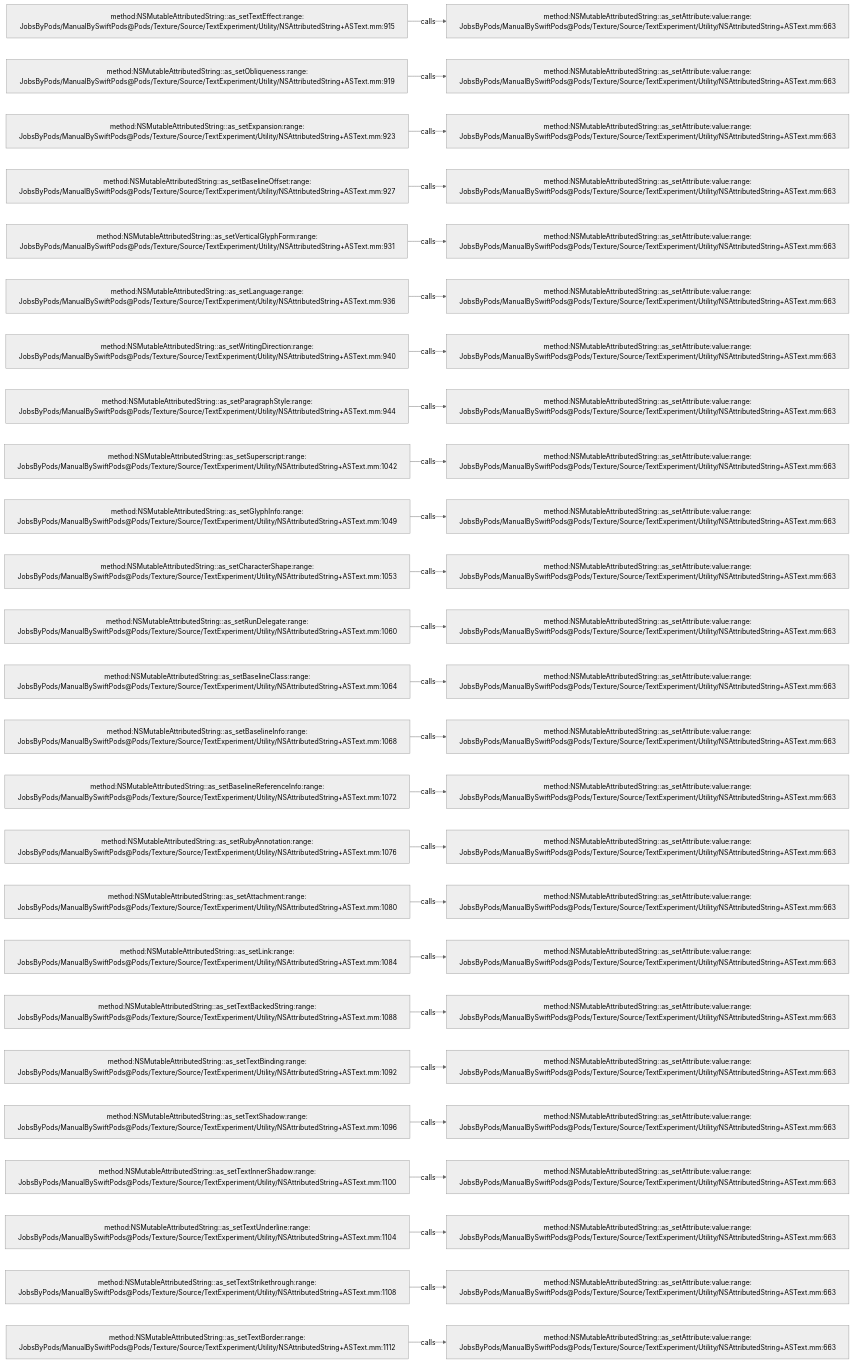
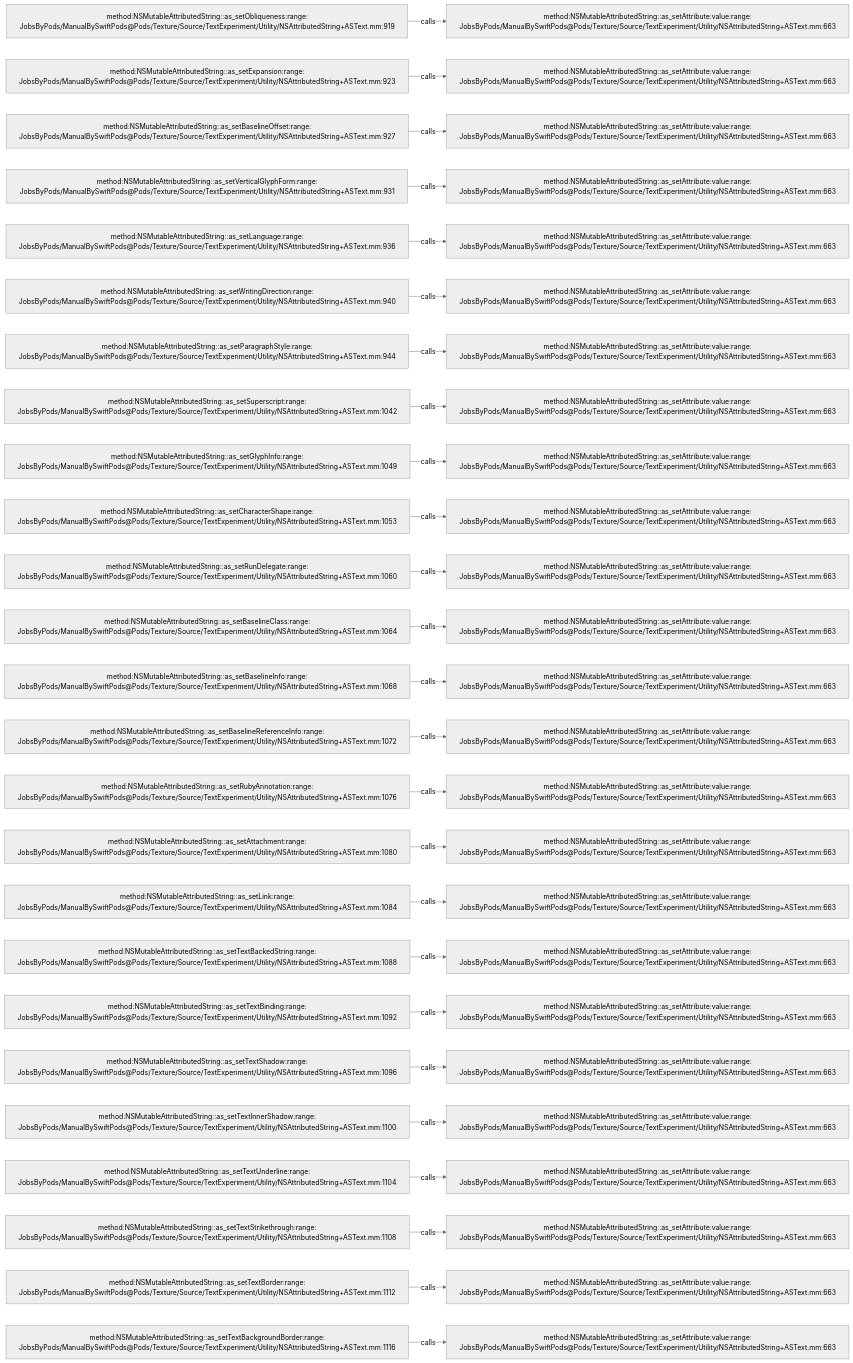
One commit to JobsKits/JobsSwiftBaseConfigDemo changed the diagram in .codegraph/codegraph.md/graphs/calls-146.md. Above: the diagram before and after it, drawn with Mermaid (neutral theme). The commit also changed 747 other files, not shown here.

````diff
--- a/.codegraph/codegraph.md/graphs/calls-146.md
+++ b/.codegraph/codegraph.md/graphs/calls-146.md
@@ -13,78 +13,78 @@
 ```mermaid
 flowchart LR
-  S1["method:NSMutableAttributedString::as_setTextEffect:range:<br/>JobsByPods/ManualBySwiftPods@Pods/Texture/Source/TextExperiment/Utility/NSAttributedString+ASText.mm:915"]
+  S1["method:NSMutableAttributedString::as_setObliqueness:range:<br/>JobsByPods/ManualBySwiftPods@Pods/Texture/Source/TextExperiment/Utility/NSAttributedString+ASText.mm:919"]
   T1["method:NSMutableAttributedString::as_setAttribute:value:range:<br/>JobsByPods/ManualBySwiftPods@Pods/Texture/Source/TextExperiment/Utility/NSAttributedString+ASText.mm:663"]
   S1 -->|calls| T1
-  S2["method:NSMutableAttributedString::as_setObliqueness:range:<br/>JobsByPods/ManualBySwiftPods@Pods/Texture/Source/TextExperiment/Utility/NSAttributedString+ASText.mm:919"]
+  S2["method:NSMutableAttributedString::as_setExpansion:range:<br/>JobsByPods/ManualBySwiftPods@Pods/Texture/Source/TextExperiment/Utility/NSAttributedString+ASText.mm:923"]
   T2["method:NSMutableAttributedString::as_setAttribute:value:range:<br/>JobsByPods/ManualBySwiftPods@Pods/Texture/Source/TextExperiment/Utility/NSAttributedString+ASText.mm:663"]
   S2 -->|calls| T2
-  S3["method:NSMutableAttributedString::as_setExpansion:range:<br/>JobsByPods/ManualBySwiftPods@Pods/Texture/Source/TextExperiment/Utility/NSAttributedString+ASText.mm:923"]
+  S3["method:NSMutableAttributedString::as_setBaselineOffset:range:<br/>JobsByPods/ManualBySwiftPods@Pods/Texture/Source/TextExperiment/Utility/NSAttributedString+ASText.mm:927"]
   T3["method:NSMutableAttributedString::as_setAttribute:value:range:<br/>JobsByPods/ManualBySwiftPods@Pods/Texture/Source/TextExperiment/Utility/NSAttributedString+ASText.mm:663"]
   S3 -->|calls| T3
-  S4["method:NSMutableAttributedString::as_setBaselineOffset:range:<br/>JobsByPods/ManualBySwiftPods@Pods/Texture/Source/TextExperiment/Utility/NSAttributedString+ASText.mm:927"]
+  S4["method:NSMutableAttributedString::as_setVerticalGlyphForm:range:<br/>JobsByPods/ManualBySwiftPods@Pods/Texture/Source/TextExperiment/Utility/NSAttributedString+ASText.mm:931"]
   T4["method:NSMutableAttributedString::as_setAttribute:value:range:<br/>JobsByPods/ManualBySwiftPods@Pods/Texture/Source/TextExperiment/Utility/NSAttributedString+ASText.mm:663"]
   S4 -->|calls| T4
-  S5["method:NSMutableAttributedString::as_setVerticalGlyphForm:range:<br/>JobsByPods/ManualBySwiftPods@Pods/Texture/Source/TextExperiment/Utility/NSAttributedString+ASText.mm:931"]
+  S5["method:NSMutableAttributedString::as_setLanguage:range:<br/>JobsByPods/ManualBySwiftPods@Pods/Texture/Source/TextExperiment/Utility/NSAttributedString+ASText.mm:936"]
   T5["method:NSMutableAttributedString::as_setAttribute:value:range:<br/>JobsByPods/ManualBySwiftPods@Pods/Texture/Source/TextExperiment/Utility/NSAttributedString+ASText.mm:663"]
   S5 -->|calls| T5
-  S6["method:NSMutableAttributedString::as_setLanguage:range:<br/>JobsByPods/ManualBySwiftPods@Pods/Texture/Source/TextExperiment/Utility/NSAttributedString+ASText.mm:936"]
+  S6["method:NSMutableAttributedString::as_setWritingDirection:range:<br/>JobsByPods/ManualBySwiftPods@Pods/Texture/Source/TextExperiment/Utility/NSAttributedString+ASText.mm:940"]
   T6["method:NSMutableAttributedString::as_setAttribute:value:range:<br/>JobsByPods/ManualBySwiftPods@Pods/Texture/Source/TextExperiment/Utility/NSAttributedString+ASText.mm:663"]
   S6 -->|calls| T6
-  S7["method:NSMutableAttributedString::as_setWritingDirection:range:<br/>JobsByPods/ManualBySwiftPods@Pods/Texture/Source/TextExperiment/Utility/NSAttributedString+ASText.mm:940"]
+  S7["method:NSMutableAttributedString::as_setParagraphStyle:range:<br/>JobsByPods/ManualBySwiftPods@Pods/Texture/Source/TextExperiment/Utility/NSAttributedString+ASText.mm:944"]
   T7["method:NSMutableAttributedString::as_setAttribute:value:range:<br/>JobsByPods/ManualBySwiftPods@Pods/Texture/Source/TextExperiment/Utility/NSAttributedString+ASText.mm:663"]
   S7 -->|calls| T7
-  S8["method:NSMutableAttributedString::as_setParagraphStyle:range:<br/>JobsByPods/ManualBySwiftPods@Pods/Texture/Source/TextExperiment/Utility/NSAttributedString+ASText.mm:944"]
+  S8["method:NSMutableAttributedString::as_setSuperscript:range:<br/>JobsByPods/ManualBySwiftPods@Pods/Texture/Source/TextExperiment/Utility/NSAttributedString+ASText.mm:1042"]
   T8["method:NSMutableAttributedString::as_setAttribute:value:range:<br/>JobsByPods/ManualBySwiftPods@Pods/Texture/Source/TextExperiment/Utility/NSAttributedString+ASText.mm:663"]
   S8 -->|calls| T8
-  S9["method:NSMutableAttributedString::as_setSuperscript:range:<br/>JobsByPods/ManualBySwiftPods@Pods/Texture/Source/TextExperiment/Utility/NSAttributedString+ASText.mm:1042"]
+  S9["method:NSMutableAttributedString::as_setGlyphInfo:range:<br/>JobsByPods/ManualBySwiftPods@Pods/Texture/Source/TextExperiment/Utility/NSAttributedString+ASText.mm:1049"]
   T9["method:NSMutableAttributedString::as_setAttribute:value:range:<br/>JobsByPods/ManualBySwiftPods@Pods/Texture/Source/TextExperiment/Utility/NSAttributedString+ASText.mm:663"]
   S9 -->|calls| T9
-  S10["method:NSMutableAttributedString::as_setGlyphInfo:range:<br/>JobsByPods/ManualBySwiftPods@Pods/Texture/Source/TextExperiment/Utility/NSAttributedString+ASText.mm:1049"]
+  S10["method:NSMutableAttributedString::as_setCharacterShape:range:<br/>JobsByPods/ManualBySwiftPods@Pods/Texture/Source/TextExperiment/Utility/NSAttributedString+ASText.mm:1053"]
   T10["method:NSMutableAttributedString::as_setAttribute:value:range:<br/>JobsByPods/ManualBySwiftPods@Pods/Texture/Source/TextExperiment/Utility/NSAttributedString+ASText.mm:663"]
   S10 -->|calls| T10
-  S11["method:NSMutableAttributedString::as_setCharacterShape:range:<br/>JobsByPods/ManualBySwiftPods@Pods/Texture/Source/TextExperiment/Utility/NSAttributedString+ASText.mm:1053"]
+  S11["method:NSMutableAttributedString::as_setRunDelegate:range:<br/>JobsByPods/ManualBySwiftPods@Pods/Texture/Source/TextExperiment/Utility/NSAttributedString+ASText.mm:1060"]
   T11["method:NSMutableAttributedString::as_setAttribute:value:range:<br/>JobsByPods/ManualBySwiftPods@Pods/Texture/Source/TextExperiment/Utility/NSAttributedString+ASText.mm:663"]
   S11 -->|calls| T11
-  S12["method:NSMutableAttributedString::as_setRunDelegate:range:<br/>JobsByPods/ManualBySwiftPods@Pods/Texture/Source/TextExperiment/Utility/NSAttributedString+ASText.mm:1060"]
+  S12["method:NSMutableAttributedString::as_setBaselineClass:range:<br/>JobsByPods/ManualBySwiftPods@Pods/Texture/Source/TextExperiment/Utility/NSAttributedString+ASText.mm:1064"]
   T12["method:NSMutableAttributedString::as_setAttribute:value:range:<br/>JobsByPods/ManualBySwiftPods@Pods/Texture/Source/TextExperiment/Utility/NSAttributedString+ASText.mm:663"]
   S12 -->|calls| T12
-  S13["method:NSMutableAttributedString::as_setBaselineClass:range:<br/>JobsByPods/ManualBySwiftPods@Pods/Texture/Source/TextExperiment/Utility/NSAttributedString+ASText.mm:1064"]
+  S13["method:NSMutableAttributedString::as_setBaselineInfo:range:<br/>JobsByPods/ManualBySwiftPods@Pods/Texture/Source/TextExperiment/Utility/NSAttributedString+ASText.mm:1068"]
   T13["method:NSMutableAttributedString::as_setAttribute:value:range:<br/>JobsByPods/ManualBySwiftPods@Pods/Texture/Source/TextExperiment/Utility/NSAttributedString+ASText.mm:663"]
   S13 -->|calls| T13
-  S14["method:NSMutableAttributedString::as_setBaselineInfo:range:<br/>JobsByPods/ManualBySwiftPods@Pods/Texture/Source/TextExperiment/Utility/NSAttributedString+ASText.mm:1068"]
+  S14["method:NSMutableAttributedString::as_setBaselineReferenceInfo:range:<br/>JobsByPods/ManualBySwiftPods@Pods/Texture/Source/TextExperiment/Utility/NSAttributedString+ASText.mm:1072"]
   T14["method:NSMutableAttributedString::as_setAttribute:value:range:<br/>JobsByPods/ManualBySwiftPods@Pods/Texture/Source/TextExperiment/Utility/NSAttributedString+ASText.mm:663"]
   S14 -->|calls| T14
-  S15["method:NSMutableAttributedString::as_setBaselineReferenceInfo:range:<br/>JobsByPods/ManualBySwiftPods@Pods/Texture/Source/TextExperiment/Utility/NSAttributedString+ASText.mm:1072"]
+  S15["method:NSMutableAttributedString::as_setRubyAnnotation:range:<br/>JobsByPods/ManualBySwiftPods@Pods/Texture/Source/TextExperiment/Utility/NSAttributedString+ASText.mm:1076"]
   T15["method:NSMutableAttributedString::as_setAttribute:value:range:<br/>JobsByPods/ManualBySwiftPods@Pods/Texture/Source/TextExperiment/Utility/NSAttributedString+ASText.mm:663"]
   S15 -->|calls| T15
-  S16["method:NSMutableAttributedString::as_setRubyAnnotation:range:<br/>JobsByPods/ManualBySwiftPods@Pods/Texture/Source/TextExperiment/Utility/NSAttributedString+ASText.mm:1076"]
+  S16["method:NSMutableAttributedString::as_setAttachment:range:<br/>JobsByPods/ManualBySwiftPods@Pods/Texture/Source/TextExperiment/Utility/NSAttributedString+ASText.mm:1080"]
   T16["method:NSMutableAttributedString::as_setAttribute:value:range:<br/>JobsByPods/ManualBySwiftPods@Pods/Texture/Source/TextExperiment/Utility/NSAttributedString+ASText.mm:663"]
   S16 -->|calls| T16
-  S17["method:NSMutableAttributedString::as_setAttachment:range:<br/>JobsByPods/ManualBySwiftPods@Pods/Texture/Source/TextExperiment/Utility/NSAttributedString+ASText.mm:1080"]
+  S17["method:NSMutableAttributedString::as_setLink:range:<br/>JobsByPods/ManualBySwiftPods@Pods/Texture/Source/TextExperiment/Utility/NSAttributedString+ASText.mm:1084"]
   T17["method:NSMutableAttributedString::as_setAttribute:value:range:<br/>JobsByPods/ManualBySwiftPods@Pods/Texture/Source/TextExperiment/Utility/NSAttributedString+ASText.mm:663"]
   S17 -->|calls| T17
-  S18["method:NSMutableAttributedString::as_setLink:range:<br/>JobsByPods/ManualBySwiftPods@Pods/Texture/Source/TextExperiment/Utility/NSAttributedString+ASText.mm:1084"]
+  S18["method:NSMutableAttributedString::as_setTextBackedString:range:<br/>JobsByPods/ManualBySwiftPods@Pods/Texture/Source/TextExperiment/Utility/NSAttributedString+ASText.mm:1088"]
   T18["method:NSMutableAttributedString::as_setAttribute:value:range:<br/>JobsByPods/ManualBySwiftPods@Pods/Texture/Source/TextExperiment/Utility/NSAttributedString+ASText.mm:663"]
   S18 -->|calls| T18
-  S19["method:NSMutableAttributedString::as_setTextBackedString:range:<br/>JobsByPods/ManualBySwiftPods@Pods/Texture/Source/TextExperiment/Utility/NSAttributedString+ASText.mm:1088"]
+  S19["method:NSMutableAttributedString::as_setTextBinding:range:<br/>JobsByPods/ManualBySwiftPods@Pods/Texture/Source/TextExperiment/Utility/NSAttributedString+ASText.mm:1092"]
   T19["method:NSMutableAttributedString::as_setAttribute:value:range:<br/>JobsByPods/ManualBySwiftPods@Pods/Texture/Source/TextExperiment/Utility/NSAttributedString+ASText.mm:663"]
   S19 -->|calls| T19
-  S20["method:NSMutableAttributedString::as_setTextBinding:range:<br/>JobsByPods/ManualBySwiftPods@Pods/Texture/Source/TextExperiment/Utility/NSAttributedString+ASText.mm:1092"]
+  S20["method:NSMutableAttributedString::as_setTextShadow:range:<br/>JobsByPods/ManualBySwiftPods@Pods/Texture/Source/TextExperiment/Utility/NSAttributedString+ASText.mm:1096"]
   T20["method:NSMutableAttributedString::as_setAttribute:value:range:<br/>JobsByPods/ManualBySwiftPods@Pods/Texture/Source/TextExperiment/Utility/NSAttributedString+ASText.mm:663"]
   S20 -->|calls| T20
-  S21["method:NSMutableAttributedString::as_setTextShadow:range:<br/>JobsByPods/ManualBySwiftPods@Pods/Texture/Source/TextExperiment/Utility/NSAttributedString+ASText.mm:1096"]
+  S21["method:NSMutableAttributedString::as_setTextInnerShadow:range:<br/>JobsByPods/ManualBySwiftPods@Pods/Texture/Source/TextExperiment/Utility/NSAttributedString+ASText.mm:1100"]
   T21["method:NSMutableAttributedString::as_setAttribute:value:range:<br/>JobsByPods/ManualBySwiftPods@Pods/Texture/Source/TextExperiment/Utility/NSAttributedString+ASText.mm:663"]
   S21 -->|calls| T21
-  S22["method:NSMutableAttributedString::as_setTextInnerShadow:range:<br/>JobsByPods/ManualBySwiftPods@Pods/Texture/Source/TextExperiment/Utility/NSAttributedString+ASText.mm:1100"]
+  S22["method:NSMutableAttributedString::as_setTextUnderline:range:<br/>JobsByPods/ManualBySwiftPods@Pods/Texture/Source/TextExperiment/Utility/NSAttributedString+ASText.mm:1104"]
   T22["method:NSMutableAttributedString::as_setAttribute:value:range:<br/>JobsByPods/ManualBySwiftPods@Pods/Texture/Source/TextExperiment/Utility/NSAttributedString+ASText.mm:663"]
   S22 -->|calls| T22
-  S23["method:NSMutableAttributedString::as_setTextUnderline:range:<br/>JobsByPods/ManualBySwiftPods@Pods/Texture/Source/TextExperiment/Utility/NSAttributedString+ASText.mm:1104"]
+  S23["method:NSMutableAttributedString::as_setTextStrikethrough:range:<br/>JobsByPods/ManualBySwiftPods@Pods/Texture/Source/TextExperiment/Utility/NSAttributedString+ASText.mm:1108"]
   T23["method:NSMutableAttributedString::as_setAttribute:value:range:<br/>JobsByPods/ManualBySwiftPods@Pods/Texture/Source/TextExperiment/Utility/NSAttributedString+ASText.mm:663"]
   S23 -->|calls| T23
-  S24["method:NSMutableAttributedString::as_setTextStrikethrough:range:<br/>JobsByPods/ManualBySwiftPods@Pods/Texture/Source/TextExperiment/Utility/NSAttributedString+ASText.mm:1108"]
+  S24["method:NSMutableAttributedString::as_setTextBorder:range:<br/>JobsByPods/ManualBySwiftPods@Pods/Texture/Source/TextExperiment/Utility/NSAttributedString+ASText.mm:1112"]
   T24["method:NSMutableAttributedString::as_setAttribute:value:range:<br/>JobsByPods/ManualBySwiftPods@Pods/Texture/Source/TextExperiment/Utility/NSAttributedString+ASText.mm:663"]
   S24 -->|calls| T24
-  S25["method:NSMutableAttributedString::as_setTextBorder:range:<br/>JobsByPods/ManualBySwiftPods@Pods/Texture/Source/TextExperiment/Utility/NSAttributedString+ASText.mm:1112"]
+  S25["method:NSMutableAttributedString::as_setTextBackgroundBorder:range:<br/>JobsByPods/ManualBySwiftPods@Pods/Texture/Source/TextExperiment/Utility/NSAttributedString+ASText.mm:1116"]
   T25["method:NSMutableAttributedString::as_setAttribute:value:range:<br/>JobsByPods/ManualBySwiftPods@Pods/Texture/Source/TextExperiment/Utility/NSAttributedString+ASText.mm:663"]
   S25 -->|calls| T25
 ```
````
